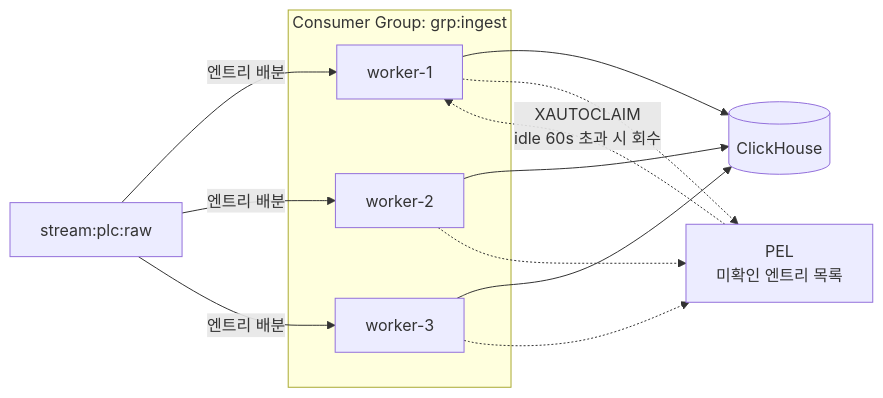
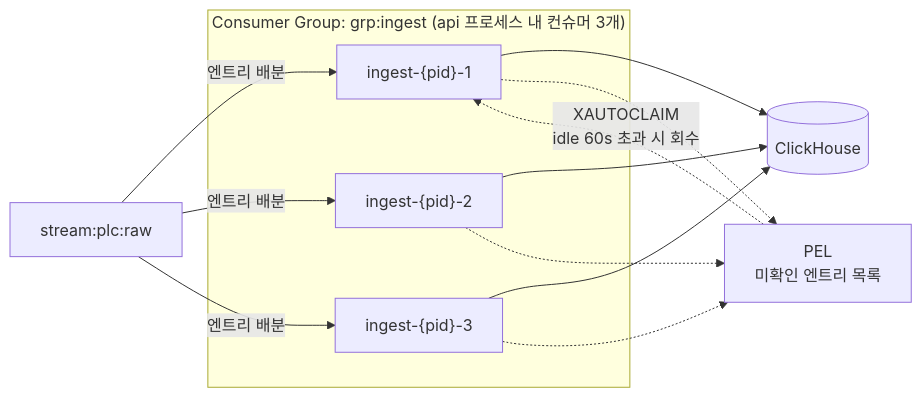
The fourth of 19 diagrams in data_flow.md (jaepil02/db_study), drawn with Mermaid before and after one commit. The commit also changed other lines of this file and 3 other files, not shown here.

````diff
--- a/data_flow.md
+++ b/data_flow.md
@@ -246,23 +263,23 @@
 ```mermaid
 flowchart LR
     SR["stream:plc:raw"]
-    subgraph G["Consumer Group: grp:ingest"]
-        W1["worker-1"]
-        W2["worker-2"]
-        W3["worker-3"]
+    subgraph G["Consumer Group: grp:ingest (api 프로세스 내 컨슈머 3개)"]
+        W1["ingest-{pid}-1"]
+        W2["ingest-{pid}-2"]
+        W3["ingest-{pid}-3"]
     end
     CH[("ClickHouse")]
 
     SR -->|"엔트리 배분"| W1
     SR -->|"엔트리 배분"| W2
     SR -->|"엔트리 배분"| W3
     W1 --> CH
     W2 --> CH
     W3 --> CH
 
     PEL["PEL<br/>미확인 엔트리 목록"]
     W1 -.-> PEL
     W2 -.-> PEL
     W3 -.-> PEL
     PEL -.->|"XAUTOCLAIM<br/>idle 60s 초과 시 회수"| W1
 ```
````
